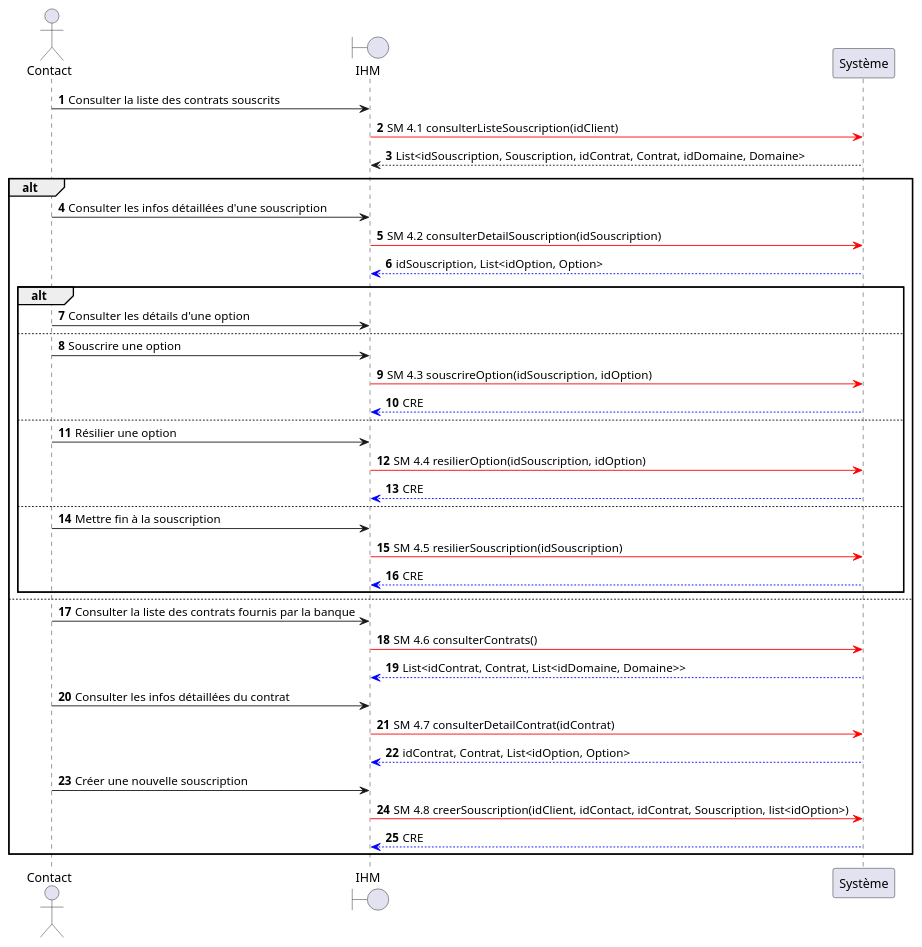
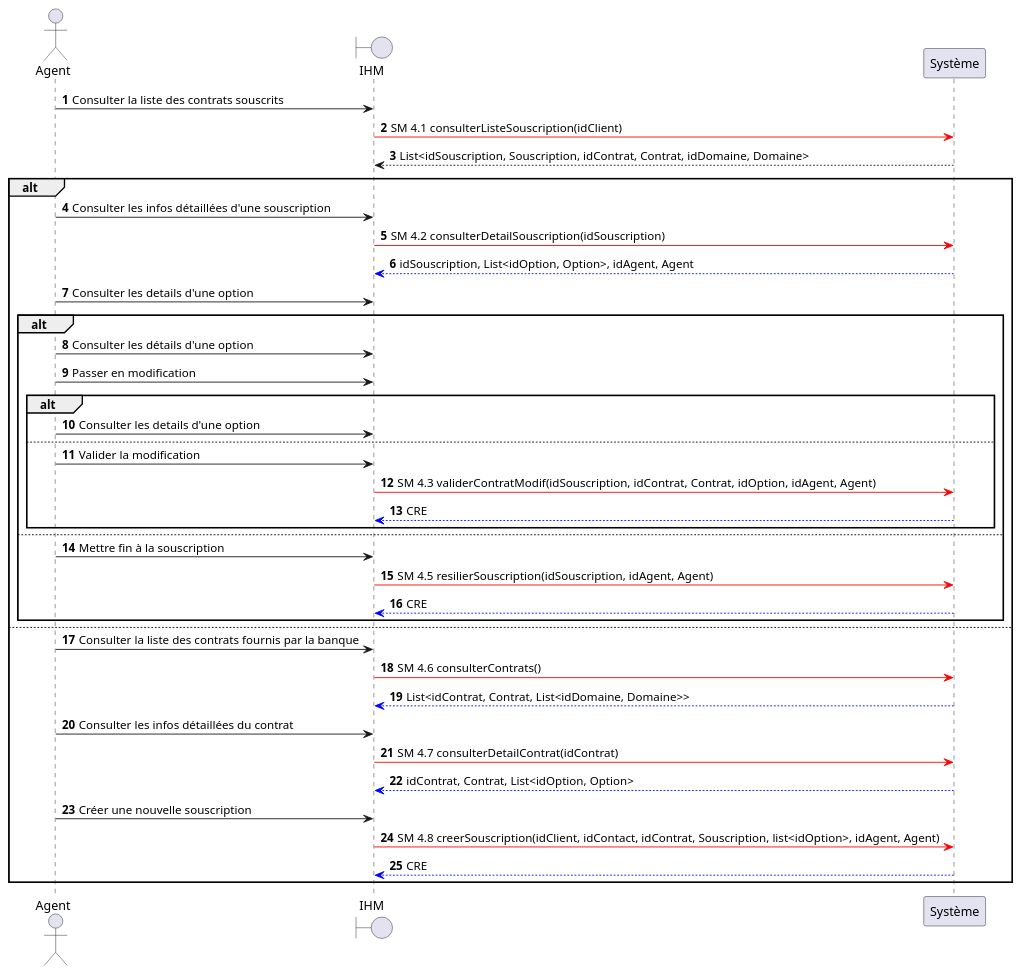
The diagram in src/documentation/CU4_DSS.puml (HZjiadong/PLD-MARS), drawn with PlantUML before and after one commit. The commit also changed 2 other files, not shown here.

```diff
--- a/src/documentation/CU4_DSS.puml
+++ b/src/documentation/CU4_DSS.puml
@@ -1,41 +1,42 @@
 @startuml
-actor Contact
+actor Agent
 boundary IHM
 autonumber
-Contact -> IHM : Consulter la liste des contrats souscrits
+Agent -> IHM : Consulter la liste des contrats souscrits
 IHM -[#red]> Système : SM 4.1 consulterListeSouscription(idClient)
 Système --> IHM : List<idSouscription, Souscription, idContrat, Contrat, idDomaine, Domaine>
 
 alt
-    Contact -> IHM : Consulter les infos détaillées d'une souscription
+    Agent -> IHM : Consulter les infos détaillées d'une souscription
     IHM -[#red]> Système : SM 4.2 consulterDetailSouscription(idSouscription)
-    Système -[#0000FF]-> IHM : idSouscription, List<idOption, Option>
+    Système -[#0000FF]-> IHM : idSouscription, List<idOption, Option>, idAgent, Agent
+    Agent -> IHM : Consulter les details d'une option
     alt
-    Contact -> IHM : Consulter les détails d'une option
+    Agent -> IHM : Consulter les détails d'une option
+    Agent -> IHM : Passer en modification
+        alt
+        Agent -> IHM : Consulter les details d'une option
+        else
+        Agent -> IHM : Valider la modification
+        IHM -[#red]> Système : SM 4.3 validerContratModif(idSouscription, idContrat, Contrat, idOption, idAgent, Agent)
+        Système -[#0000FF]-> IHM : CRE
+        end
     else
-    Contact -> IHM : Souscrire une option
-    IHM -[#red]> Système : SM 4.3 souscrireOption(idSouscription, idOption)
-    Système -[#0000FF]-> IHM : CRE
-    else
-    Contact -> IHM : Résilier une option
-    IHM -[#red]> Système : SM 4.4 resilierOption(idSouscription, idOption)
-    Système -[#0000FF]-> IHM : CRE
-    else
-    Contact -> IHM : Mettre fin à la souscription
-    IHM -[#red]> Système : SM 4.5 resilierSouscription(idSouscription)
+    Agent -> IHM : Mettre fin à la souscription
+    IHM -[#red]> Système : SM 4.5 resilierSouscription(idSouscription, idAgent, Agent)
     Système -[#0000FF]-> IHM : CRE
     end
 else
-    Contact -> IHM : Consulter la liste des contrats fournis par la banque
+    Agent -> IHM : Consulter la liste des contrats fournis par la banque
     IHM -[#red]> Système : SM 4.6 consulterContrats()
     Système -[#0000FF]-> IHM : List<idContrat, Contrat, List<idDomaine, Domaine>>
 
-    Contact -> IHM : Consulter les infos détaillées du contrat
+    Agent -> IHM : Consulter les infos détaillées du contrat
     IHM -[#red]> Système : SM 4.7 consulterDetailContrat(idContrat)
     Système -[#0000FF]-> IHM : idContrat, Contrat, List<idOption, Option>
 
-    Contact -> IHM : Créer une nouvelle souscription
-    IHM -[#red]> Système : SM 4.8 creerSouscription(idClient, idContact, idContrat, Souscription, list<idOption>)
+    Agent -> IHM : Créer une nouvelle souscription
+    IHM -[#red]> Système : SM 4.8 creerSouscription(idClient, idContact, idContrat, Souscription, list<idOption>, idAgent, Agent)
     Système -[#0000FF]-> IHM : CRE
 end
 @enduml
```
